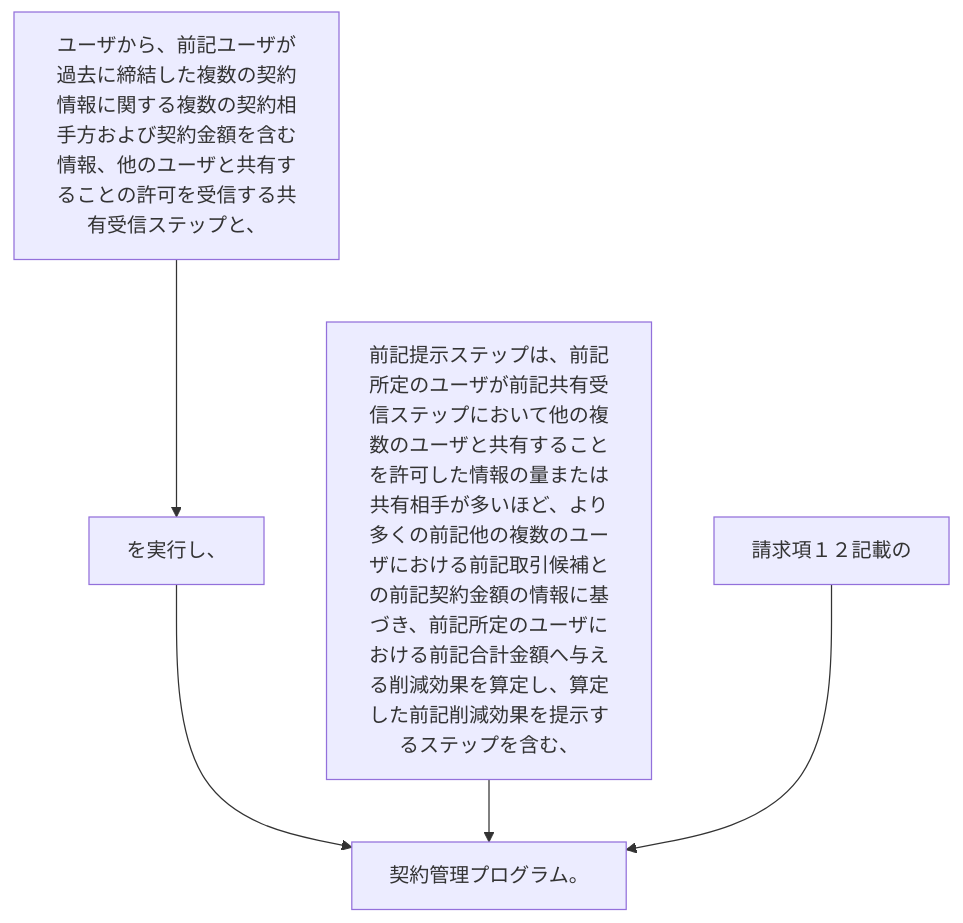
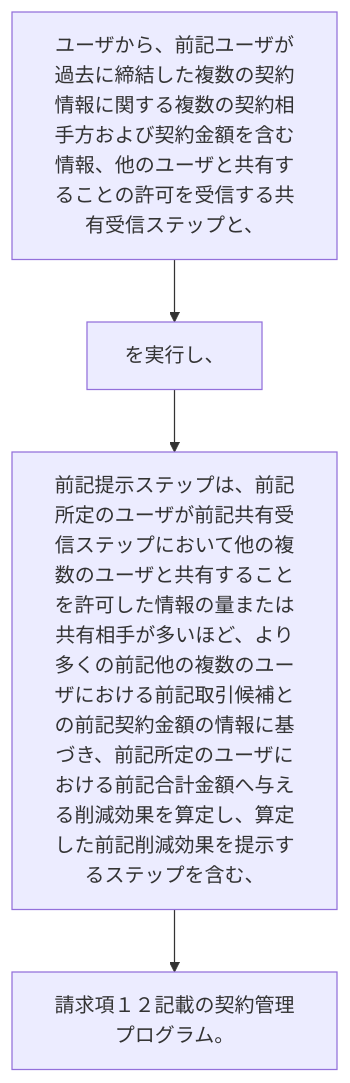
One commit to shinmori55/patent_analyzed changed the diagram in 2024/JP2024014095A/claim_13/README.md. Above: the diagram before and after it, drawn with Mermaid. The commit also changed 27 other files, not shown here.

````diff
--- a/2024/JP2024014095A/claim_13/README.md
+++ b/2024/JP2024014095A/claim_13/README.md
@@ -5,12 +5,10 @@
 ```mermaid
 flowchart TD
 A[ユーザから、前記ユーザが過去に締結した複数の契約情報に関する複数の契約相手方および契約金額を含む情報、他のユーザと共有することの許可を受信する共有受信ステップと、]
 B[を実行し、]
 C[前記提示ステップは、前記所定のユーザが前記共有受信ステップにおいて他の複数のユーザと共有することを許可した情報の量または共有相手が多いほど、より多くの前記他の複数のユーザにおける前記取引候補との前記契約金額の情報に基づき、前記所定のユーザにおける前記合計金額へ与える削減効果を算定し、算定した前記削減効果を提示するステップを含む、]
-D[請求項１２記載の]
-E[契約管理プログラム。]
+D[請求項１２記載の契約管理プログラム。]
 A --> B
-B --> E
-C --> E
-D --> E
+B --> C
+C --> D
 ```
````
